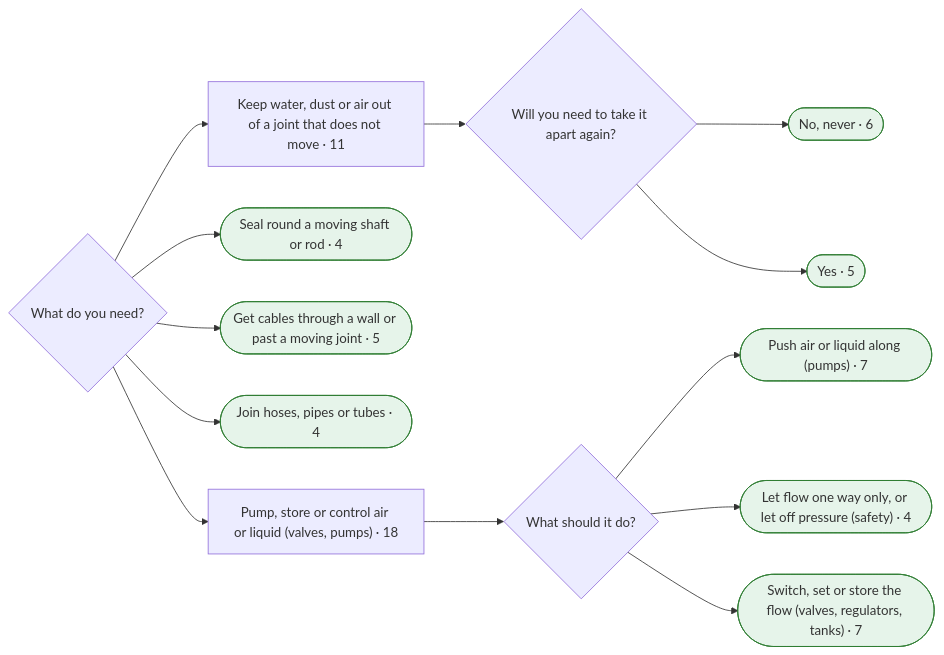
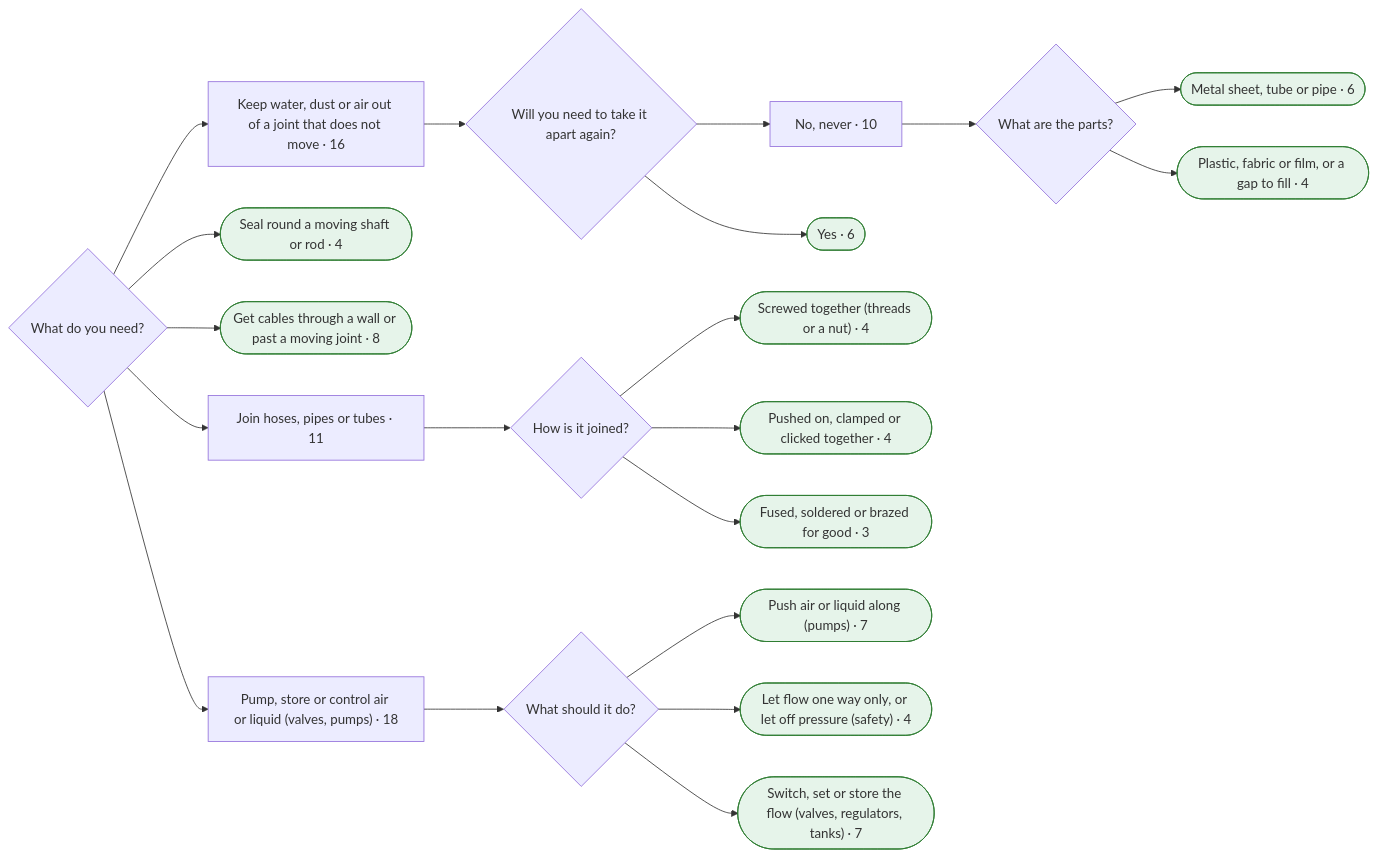
One commit to smileymcfrown/EncyclopediaOfConnections changed the tenth of 11 diagrams in research/finder-test/mermaid.md. Above: the diagram before and after it, drawn with Mermaid. The commit also changed other lines of this file and 5 other files, not shown here.

````diff
--- a/research/finder-test/mermaid.md
+++ b/research/finder-test/mermaid.md
@@ -691,38 +829,55 @@
 ```mermaid
 flowchart LR
-  q245{"What do you need?"}
-  a246["Keep water, dust or air out of a joint that does not move · 11"]
-  q245 --> a246
-  q247{"Will you need to take it apart again?"}
-  a246 --> q247
-  a248(["No, never · 6"])
-  q247 --> a248
-  class a248 leaf
-  a249(["Yes · 5"])
-  q247 --> a249
-  class a249 leaf
-  a250(["Seal round a moving shaft or rod · 4"])
-  q245 --> a250
-  class a250 leaf
-  a251(["Get cables through a wall or past a moving joint · 5"])
-  q245 --> a251
-  class a251 leaf
-  a252(["Join hoses, pipes or tubes · 4"])
-  q245 --> a252
-  class a252 leaf
-  a253["Pump, store or control air or liquid (valves, pumps) · 18"]
-  q245 --> a253
-  q254{"What should it do?"}
-  a253 --> q254
-  a255(["Push air or liquid along (pumps) · 7"])
-  q254 --> a255
-  class a255 leaf
-  a256(["Let flow one way only, or let off pressure (safety) · 4"])
-  q254 --> a256
-  class a256 leaf
-  a257(["Switch, set or store the flow (valves, regulators, tanks) · 7"])
-  q254 --> a257
-  class a257 leaf
+  q294{"What do you need?"}
+  a295["Keep water, dust or air out of a joint that does not move · 16"]
+  q294 --> a295
+  q296{"Will you need to take it apart again?"}
+  a295 --> q296
+  a297["No, never · 10"]
+  q296 --> a297
+  q298{"What are the parts?"}
+  a297 --> q298
+  a299(["Metal sheet, tube or pipe · 6"])
+  q298 --> a299
+  class a299 leaf
+  a300(["Plastic, fabric or film, or a gap to fill · 4"])
+  q298 --> a300
+  class a300 leaf
+  a301(["Yes · 6"])
+  q296 --> a301
+  class a301 leaf
+  a302(["Seal round a moving shaft or rod · 4"])
+  q294 --> a302
+  class a302 leaf
+  a303(["Get cables through a wall or past a moving joint · 8"])
+  q294 --> a303
+  class a303 leaf
+  a304["Join hoses, pipes or tubes · 11"]
+  q294 --> a304
+  q305{"How is it joined?"}
+  a304 --> q305
+  a306(["Screwed together (threads or a nut) · 4"])
+  q305 --> a306
+  class a306 leaf
+  a307(["Pushed on, clamped or clicked together · 4"])
+  q305 --> a307
+  class a307 leaf
+  a308(["Fused, soldered or brazed for good · 3"])
+  q305 --> a308
+  class a308 leaf
+  a309["Pump, store or control air or liquid (valves, pumps) · 18"]
+  q294 --> a309
+  q310{"What should it do?"}
+  a309 --> q310
+  a311(["Push air or liquid along (pumps) · 7"])
+  q310 --> a311
+  class a311 leaf
+  a312(["Let flow one way only, or let off pressure (safety) · 4"])
+  q310 --> a312
+  class a312 leaf
+  a313(["Switch, set or store the flow (valves, regulators, tanks) · 7"])
+  q310 --> a313
+  class a313 leaf
   classDef leaf fill:#e6f4ea,stroke:#2e7d32
   classDef more fill:#fff4e5,stroke:#b26a00
 ```
````
